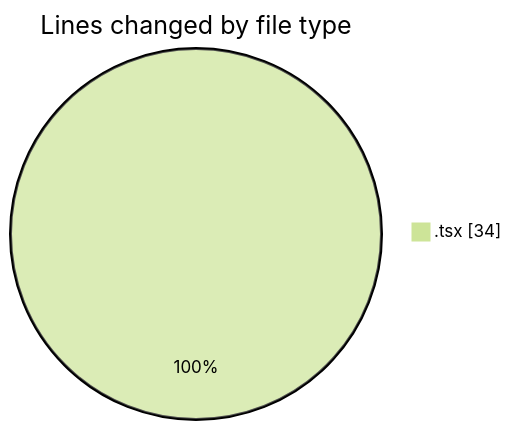
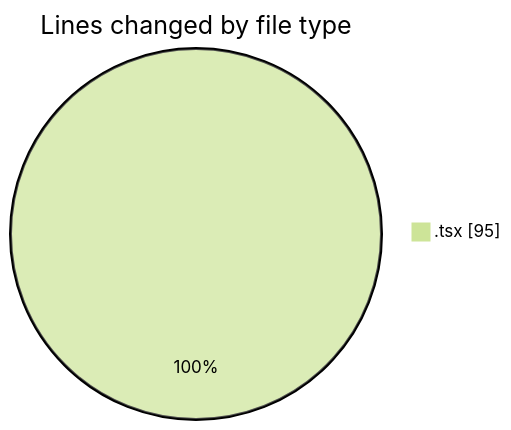
Before and after one commit to momahboobian/code-tracking: the first of 2 diagrams in 2025-09-18/cda/README.md, drawn with Mermaid (forest theme). The commit also changed other lines of this file and 1 other file, not shown here.

````diff
--- a/2025-09-18/cda/README.md
+++ b/2025-09-18/cda/README.md
@@ -21,5 +22,5 @@
 ```mermaid
 pie showData
 title Lines changed by file type
-".tsx" : 34
+".tsx" : 95
 ```
````
